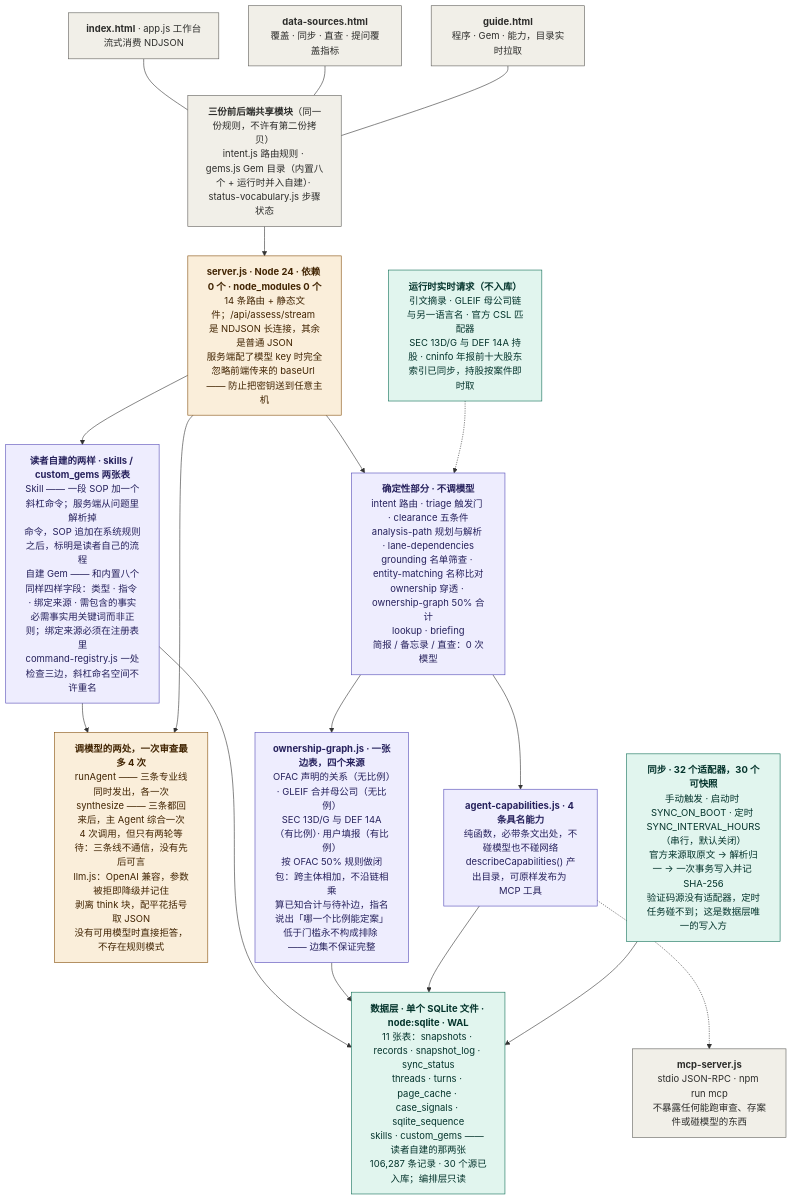
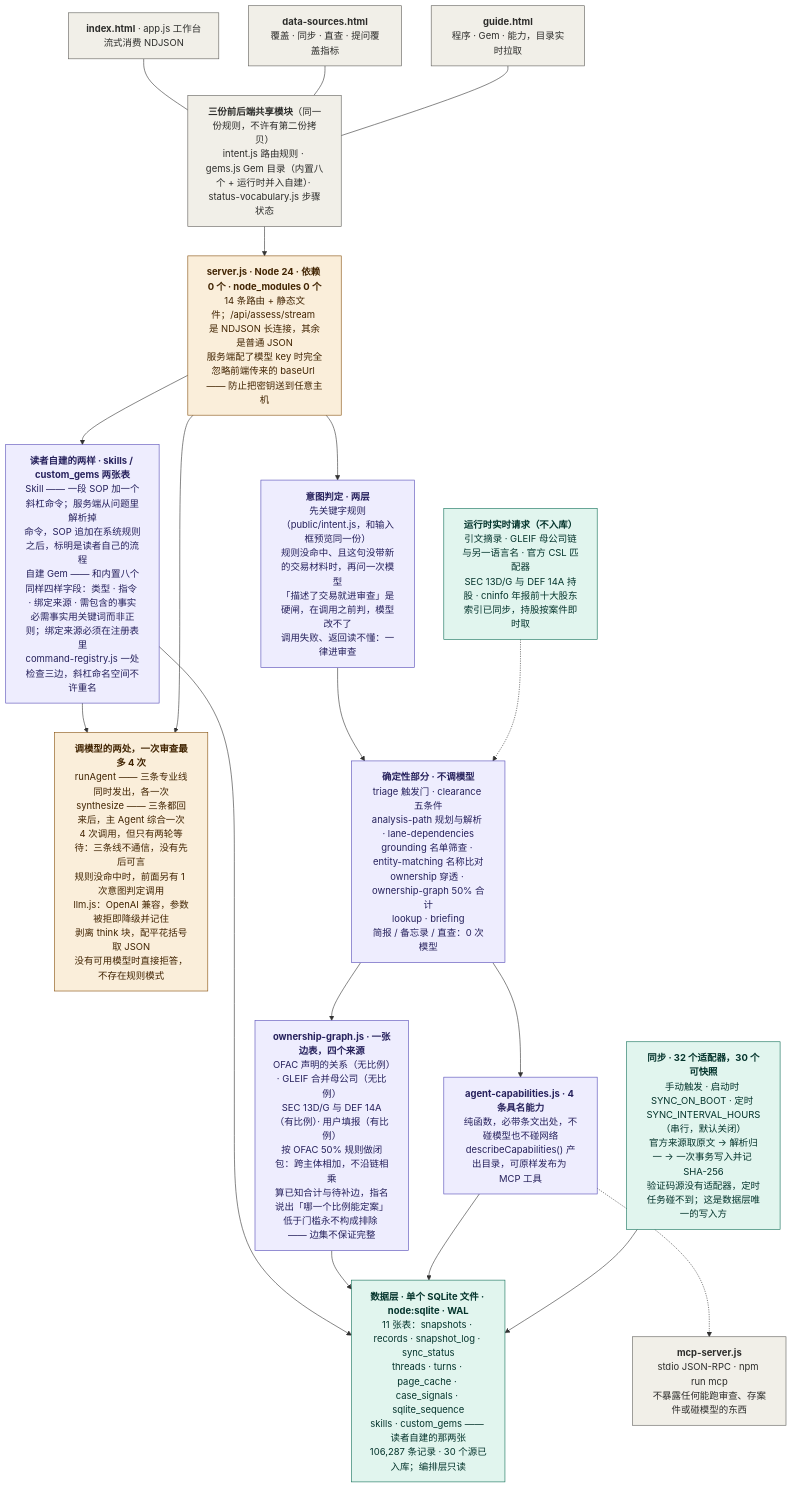
The diagram in diagrams/2-技术架构.mmd (strangeromo-cloud/compliance_hub), drawn with Mermaid before and after one commit. The commit also changed 8 other files, not shown here.

```diff
--- a/diagrams/2-技术架构.mmd
+++ b/diagrams/2-技术架构.mmd
@@ -1,52 +1,53 @@
 flowchart TD
 
 B1["<b>index.html</b> · app.js 工作台<br/>流式消费 NDJSON"]
 B2["<b>data-sources.html</b><br/>覆盖 · 同步 · 直查 · 提问覆盖指标"]
 B3["<b>guide.html</b><br/>程序 · Gem · 能力，目录实时拉取"]
 
 SH["<b>三份前后端共享模块</b>（同一份规则，不许有第二份拷贝）<br/>intent.js 路由规则 · gems.js Gem 目录（内置八个 + 运行时并入自建）· status-vocabulary.js 步骤状态"]
 
 B1 --- SH
 B2 --- SH
 B3 --- SH
 
 SH --> SRV["<b>server.js · Node 24 · 依赖 0 个 · node_modules 0 个</b><br/>14 条路由 + 静态文件；/api/assess/stream 是 NDJSON 长连接，其余是普通 JSON<br/>服务端配了模型 key 时完全忽略前端传来的 baseUrl —— 防止把密钥送到任意主机"]
 
 SRV --> MINE["<b>读者自建的两样 · skills / custom_gems 两张表</b><br/>Skill —— 一段 SOP 加一个斜杠命令；服务端从问题里解析掉<br/>命令，SOP 追加在系统规则之后，标明是读者自己的流程<br/>自建 Gem —— 和内置八个同样四样字段：类型 · 指令 · 绑定来源 · 需包含的事实<br/>必需事实用关键词而非正则；绑定来源必须在注册表里<br/>command-registry.js 一处检查三边，斜杠命名空间不许重名"]
 
 MINE --> LLM
 MINE --> DB
-SRV --> DET["<b>确定性部分 · 不调模型</b><br/>intent 路由 · triage 触发门 · clearance 五条件<br/>analysis-path 规划与解析 · lane-dependencies<br/>grounding 名单筛查 · entity-matching 名称比对<br/>ownership 穿透 · ownership-graph 50% 合计<br/>lookup · briefing<br/>简报 / 备忘录 / 直查：0 次模型"]
+SRV --> CLS["<b>意图判定 · 两层</b><br/>先关键字规则（public/intent.js，和输入框预览同一份）<br/>规则没命中、且这句没带新的交易材料时，再问一次模型<br/>「描述了交易就进审查」是硬闸，在调用之前判，模型改不了<br/>调用失败、返回读不懂：一律进审查"]
+CLS --> DET["<b>确定性部分 · 不调模型</b><br/>triage 触发门 · clearance 五条件<br/>analysis-path 规划与解析 · lane-dependencies<br/>grounding 名单筛查 · entity-matching 名称比对<br/>ownership 穿透 · ownership-graph 50% 合计<br/>lookup · briefing<br/>简报 / 备忘录 / 直查：0 次模型"]
 
-SRV --> LLM["<b>调模型的两处，一次审查最多 4 次</b><br/>runAgent —— 三条专业线同时发出，各一次<br/>synthesize —— 三条都回来后，主 Agent 综合一次<br/>4 次调用，但只有两轮等待：三条线不通信，没有先后可言<br/>llm.js：OpenAI 兼容，参数被拒即降级并记住<br/>剥离 think 块，配平花括号取 JSON<br/>没有可用模型时直接拒答，不存在规则模式"]
+SRV --> LLM["<b>调模型的两处，一次审查最多 4 次</b><br/>runAgent —— 三条专业线同时发出，各一次<br/>synthesize —— 三条都回来后，主 Agent 综合一次<br/>4 次调用，但只有两轮等待：三条线不通信，没有先后可言<br/>规则没命中时，前面另有 1 次意图判定调用<br/>llm.js：OpenAI 兼容，参数被拒即降级并记住<br/>剥离 think 块，配平花括号取 JSON<br/>没有可用模型时直接拒答，不存在规则模式"]
 
 DET --> CAP["<b>agent-capabilities.js · 4 条具名能力</b><br/>纯函数，必带条文出处，不碰模型也不碰网络<br/>describeCapabilities() 产出目录，可原样发布为 MCP 工具"]
 
 CAP -.-> MCP["<b>mcp-server.js</b><br/>stdio JSON-RPC · npm run mcp<br/>不暴露任何能跑审查、存案件或碰模型的东西"]
 
 OWN["<b>ownership-graph.js · 一张边表，四个来源</b><br/>OFAC 声明的关系（无比例）· GLEIF 合并母公司（无比例）<br/>SEC 13D/G 与 DEF 14A（有比例）· 用户填报（有比例）<br/>按 OFAC 50% 规则做闭包：跨主体相加，不沿链相乘<br/>算已知合计与待补边，指名说出「哪一个比例能定案」<br/>低于门槛永不构成排除 —— 边集不保证完整"]
 
 DET --> OWN
 OWN --> DB
 
 CAP --> DB["<b>数据层 · 单个 SQLite 文件 · node:sqlite · WAL</b><br/>11 张表：snapshots · records · snapshot_log · sync_status<br/>threads · turns · page_cache · case_signals · sqlite_sequence<br/>skills · custom_gems —— 读者自建的那两张<br/>106,287 条记录 · 30 个源已入库；编排层只读"]
 
 SYNC["<b>同步 · 32 个适配器，30 个可快照</b><br/>手动触发 · 启动时 SYNC_ON_BOOT · 定时 SYNC_INTERVAL_HOURS（串行，默认关闭）<br/>官方来源取原文 → 解析归一 → 一次事务写入并记 SHA-256<br/>验证码源没有适配器，定时任务碰不到；这是数据层唯一的写入方"]
 
 SYNC --> DB
 
 LIVE["<b>运行时实时请求（不入库）</b><br/>引文摘录 · GLEIF 母公司链与另一语言名 · 官方 CSL 匹配器<br/>SEC 13D/G 与 DEF 14A 持股 · cninfo 年报前十大股东<br/>索引已同步，持股按案件即时取"]
 LIVE -.-> DET
 
 classDef master fill:#FAEEDA,stroke:#854F0B,stroke-width:1px,color:#412402
 classDef agent  fill:#EEEDFE,stroke:#534AB7,stroke-width:1px,color:#26215C
 classDef plain  fill:#F1EFE8,stroke:#5F5E5A,stroke-width:1px,color:#2C2C2A
 classDef data   fill:#E1F5EE,stroke:#0F6E56,stroke-width:1px,color:#04342C
 
 class SRV master
 class LLM master
-class DET,CAP agent
+class DET,CAP,CLS agent
 class B1,B2,B3,SH,MCP plain
 class DB,SYNC,LIVE data
 class OWN agent
 class MINE agent
```
